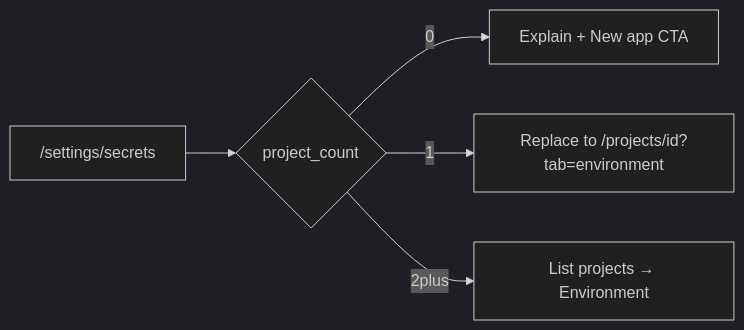
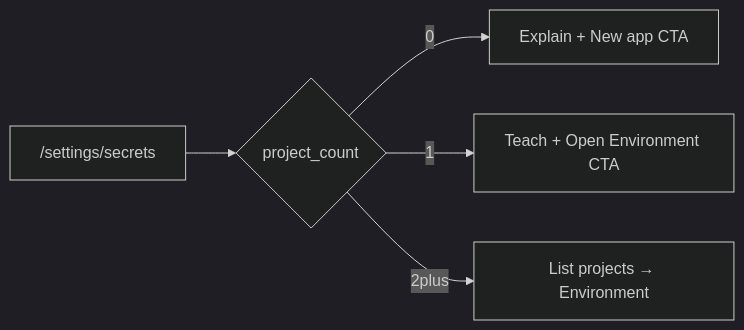
The third of 5 diagrams in apps/aomi-build/BUILDERS-EXPERIENCE.md (aomi-labs/aomi-widget), drawn with Mermaid (dark theme) before and after one commit. The commit also changed other lines of this file and 3 other files, not shown here.

````diff
--- a/apps/aomi-build/BUILDERS-EXPERIENCE.md
+++ b/apps/aomi-build/BUILDERS-EXPERIENCE.md
@@ -110,7 +110,7 @@
 ```mermaid
 flowchart LR
   Secrets["/settings/secrets"] --> N{project_count}
   N -->|0| Empty["Explain + New app CTA"]
-  N -->|1| Auto["Replace to /projects/id?tab=environment"]
+  N -->|1| One["Teach + Open Environment CTA"]
   N -->|2plus| List["List projects → Environment"]
 ```
````
